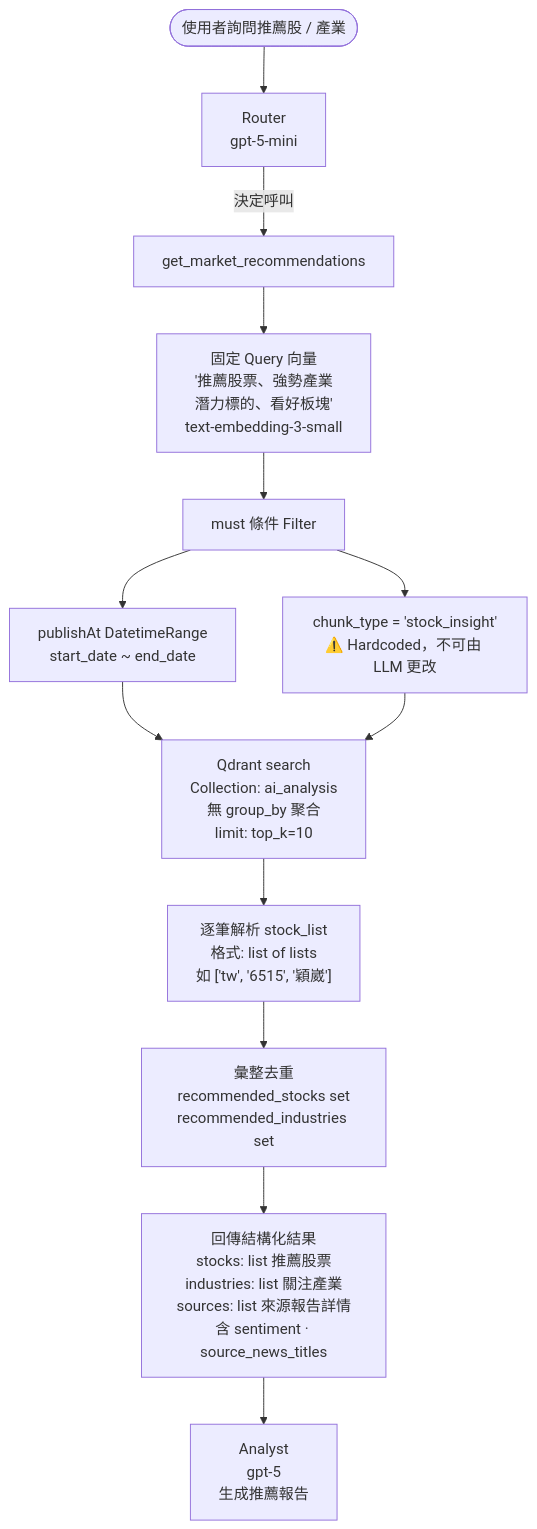
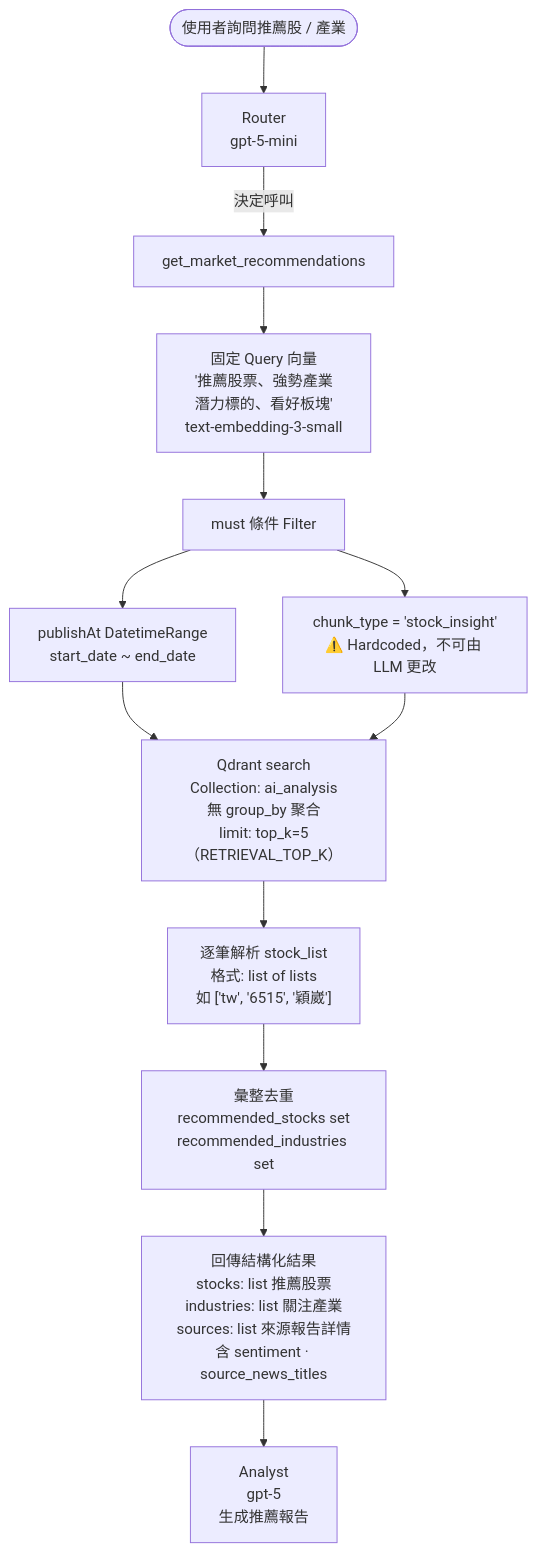
One commit to WilliamTsai1227/Stock-Insight-Chat changed the third of 7 diagrams in README.md. Above: the diagram before and after it, drawn with Mermaid. The commit also changed other lines of this file, not shown here.

````diff
--- a/README.md
+++ b/README.md
@@ -623,19 +652,19 @@
 ```mermaid
 flowchart TD
     A([使用者詢問推薦股 / 產業]) --> B[Router\ngpt-5-mini]
     B -->|決定呼叫| C[get_market_recommendations]
 
     C --> D["固定 Query 向量\n'推薦股票、強勢產業\n潛力標的、看好板塊'\ntext-embedding-3-small"]
 
     D --> E[must 條件 Filter]
     E --> E1["publishAt DatetimeRange\nstart_date ~ end_date"]
     E --> E2["chunk_type = 'stock_insight'\n⚠️ Hardcoded，不可由 LLM 更改"]
 
-    E1 & E2 --> F["Qdrant search\nCollection: ai_analysis\n無 group_by 聚合\nlimit: top_k=10"]
+    E1 & E2 --> F["Qdrant search\nCollection: ai_analysis\n無 group_by 聚合\nlimit: top_k=5（RETRIEVAL_TOP_K）"]
 
     F --> G["逐筆解析 stock_list\n格式: list of lists\n如 ['tw', '6515', '穎崴']"]
     G --> H["彙整去重\nrecommended_stocks set\nrecommended_industries set"]
 
     H --> I["回傳結構化結果\nstocks: list 推薦股票\nindustries: list 關注產業\nsources: list 來源報告詳情\n含 sentiment · source_news_titles"]
     I --> J[Analyst\ngpt-5\n生成推薦報告]
 ```
````
